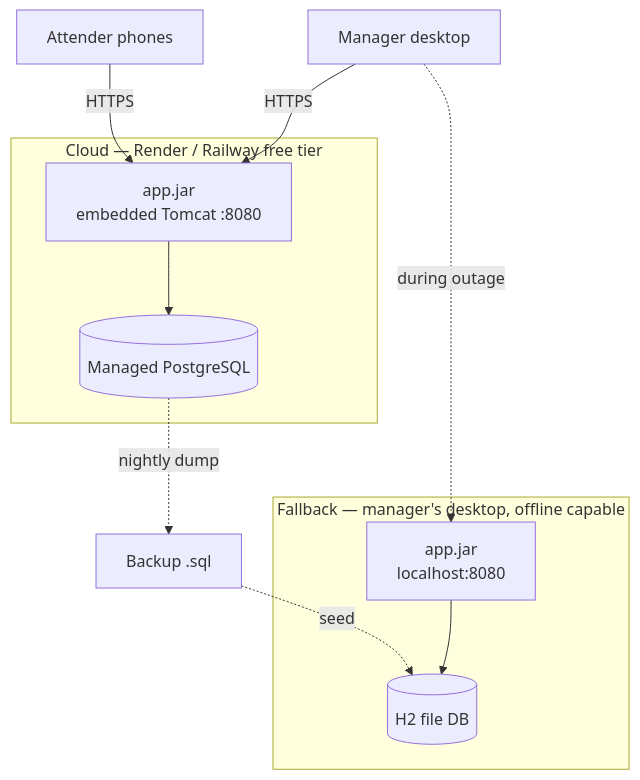
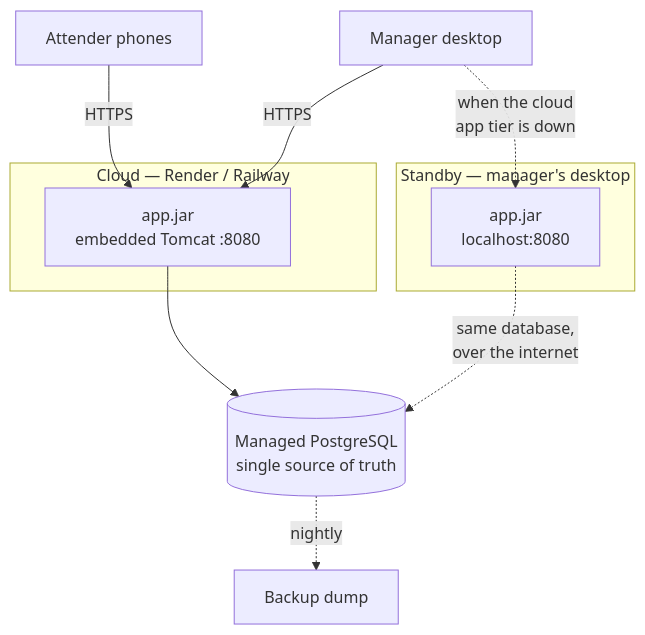
The fourth of 4 diagrams in docs/design/02-architecture.md (ajoymathew07/hostel-attender-tracking-system), drawn with Mermaid before and after one commit. The commit also changed other lines of this file and 14 other files, not shown here.

````diff
--- a/docs/design/02-architecture.md
+++ b/docs/design/02-architecture.md
@@ -174,20 +174,18 @@
 ```mermaid
 graph TB
-    subgraph CLOUD["Cloud — Render / Railway free tier"]
+    PHONE[Attender phones] -->|HTTPS| JAR
+    DESK[Manager desktop] -->|HTTPS| JAR
+
+    subgraph CLOUD["Cloud — Render / Railway"]
         JAR[app.jar<br/>embedded Tomcat :8080]
-        PGC[(Managed PostgreSQL)]
-        JAR --> PGC
     end
 
-    subgraph LOCAL["Fallback — manager's desktop, offline capable"]
+    subgraph STANDBY["Standby — manager's desktop"]
         JARL[app.jar<br/>localhost:8080]
-        H2[(H2 file DB)]
-        JARL --> H2
     end
 
-    PHONE[Attender phones] -->|HTTPS| JAR
-    DESK[Manager desktop] -->|HTTPS| JAR
-    DESK -.->|during outage| JARL
-    PGC -.->|nightly dump| BAK[Backup .sql]
-    BAK -.->|seed| H2
+    JAR --> PGC[(Managed PostgreSQL<br/>single source of truth)]
+    JARL -.->|same database,<br/>over the internet| PGC
+    DESK -.->|when the cloud<br/>app tier is down| JARL
+    PGC -.->|nightly| BAK[Backup dump]
 ```
````
